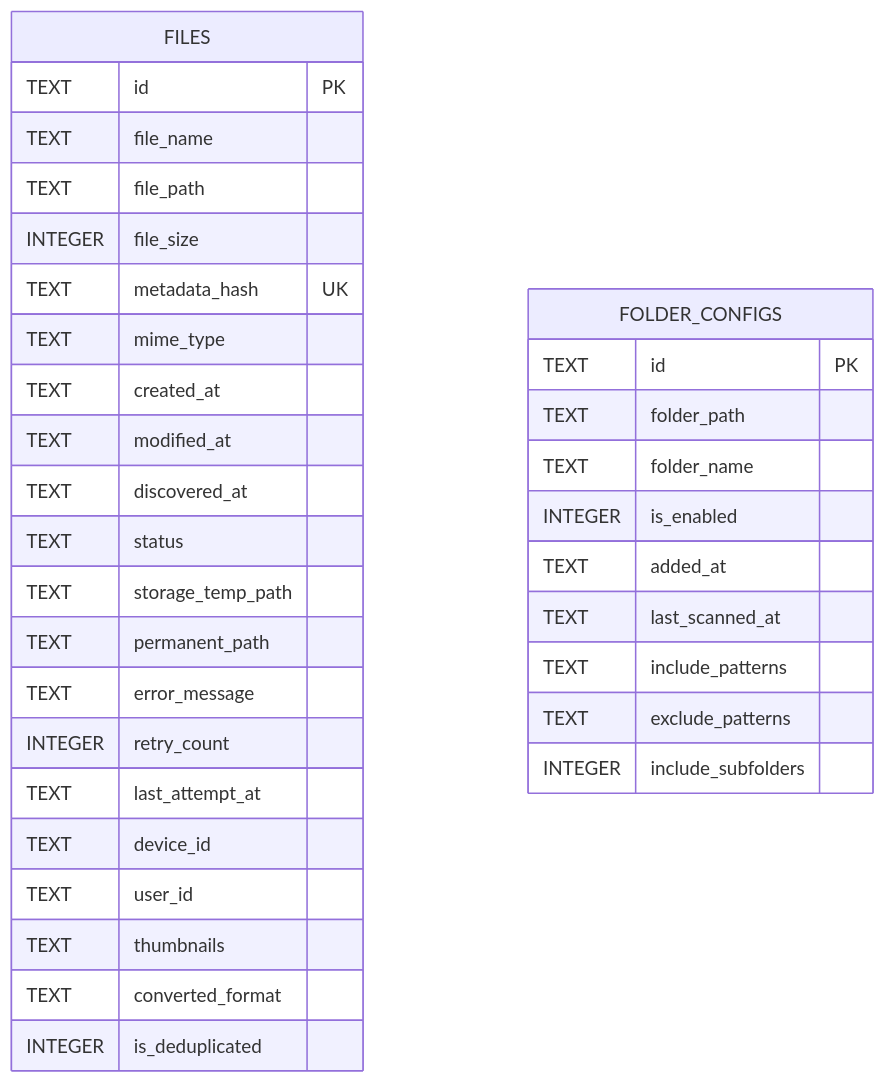
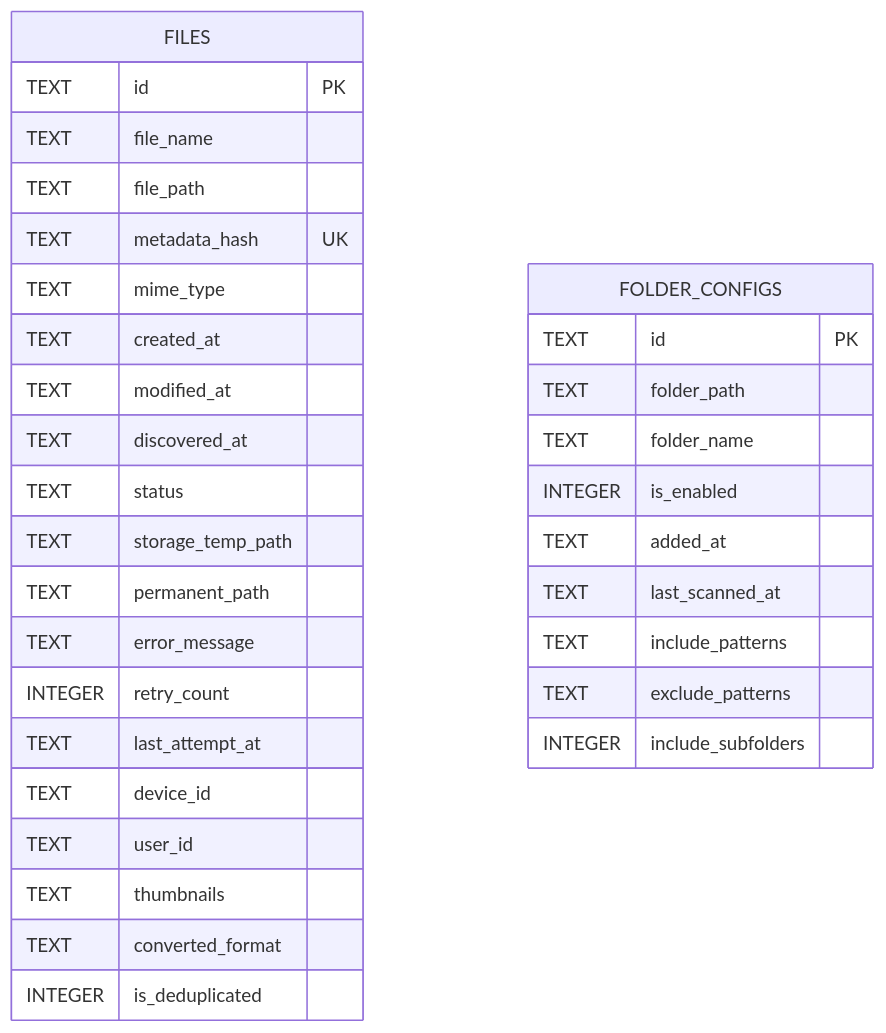
One commit to himadriHK/Stash changed the third of 10 diagrams in Stash/react_native_stash/docs/ARCHITECTURE.md. Above: the diagram before and after it, drawn with Mermaid. The commit also changed other lines of this file and 46 other files, not shown here.

````diff
--- a/Stash/react_native_stash/docs/ARCHITECTURE.md
+++ b/Stash/react_native_stash/docs/ARCHITECTURE.md
@@ -318,37 +318,36 @@
 ```mermaid
 erDiagram
     FILES {
         TEXT id PK
         TEXT file_name
         TEXT file_path
-        INTEGER file_size
         TEXT metadata_hash UK
         TEXT mime_type
         TEXT created_at
         TEXT modified_at
         TEXT discovered_at
         TEXT status
         TEXT storage_temp_path
         TEXT permanent_path
         TEXT error_message
         INTEGER retry_count
         TEXT last_attempt_at
         TEXT device_id
         TEXT user_id
         TEXT thumbnails
         TEXT converted_format
         INTEGER is_deduplicated
     }
 
     FOLDER_CONFIGS {
         TEXT id PK
         TEXT folder_path
         TEXT folder_name
         INTEGER is_enabled
         TEXT added_at
         TEXT last_scanned_at
         TEXT include_patterns
         TEXT exclude_patterns
         INTEGER include_subfolders
     }
 ```
````
